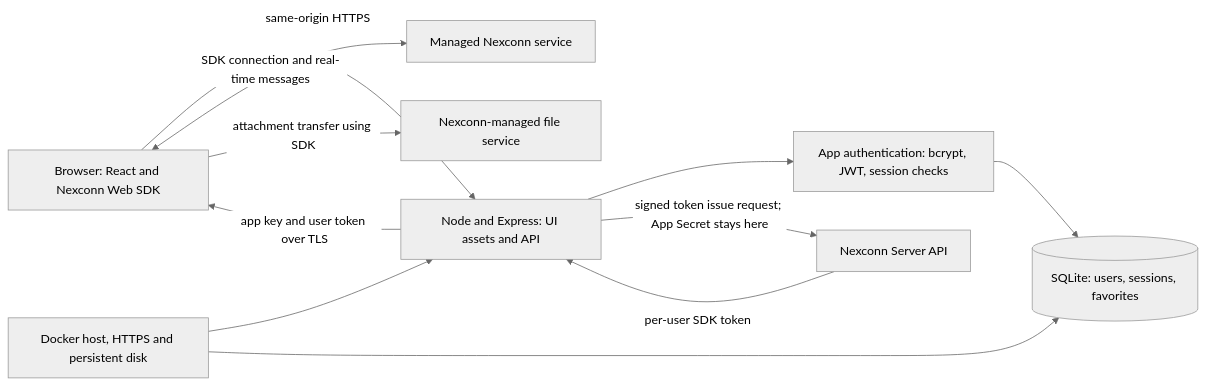
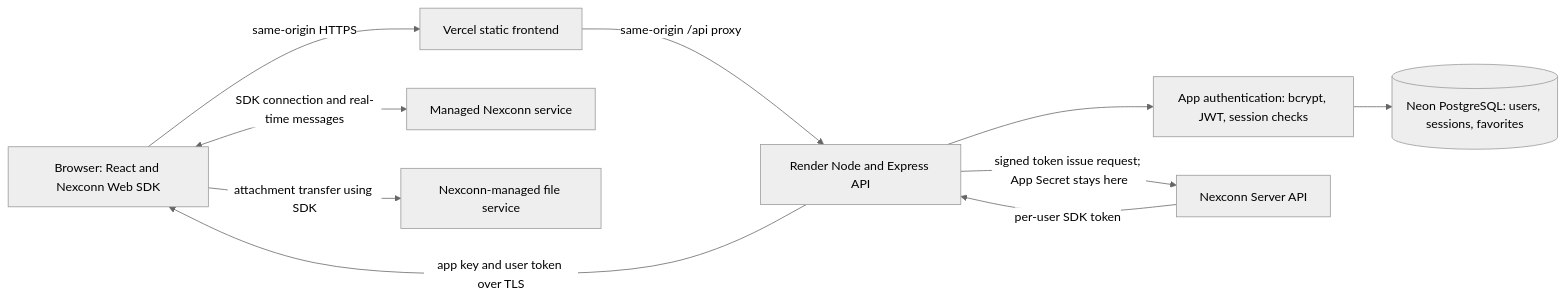
The first of 5 diagrams in README.md (himanshunaik7715-dev/Nexconn-Chat), drawn with Mermaid (neutral theme) before and after one commit. The commit also changed other lines of this file and 22 other files, not shown here.

Commit message:
feat: migrate account storage to PostgreSQL

````diff
--- a/README.md
+++ b/README.md
@@ -30,13 +30,12 @@
 ```mermaid
 flowchart LR
-  Browser[Browser: React and Nexconn Web SDK] -->|same-origin HTTPS| App[Node and Express: UI assets and API]
+  Browser[Browser: React and Nexconn Web SDK] -->|same-origin HTTPS| Vercel[Vercel static frontend]
+  Vercel -->|same-origin /api proxy| App[Render Node and Express API]
   App --> Auth[App authentication: bcrypt, JWT, session checks]
-  Auth --> DB[(SQLite: users, sessions, favorites)]
+  Auth --> DB[(Neon PostgreSQL: users, sessions, favorites)]
   App -->|signed token issue request; App Secret stays here| NexconnAPI[Nexconn Server API]
   NexconnAPI -->|per-user SDK token| App
   App -->|app key and user token over TLS| Browser
   Browser <-->|SDK connection and real-time messages| Nexconn[Managed Nexconn service]
   Browser -->|attachment transfer using SDK| NexconnFiles[Nexconn-managed file service]
-  Host[Docker host, HTTPS and persistent disk] --> App
-  Host --> DB
 ```
````
